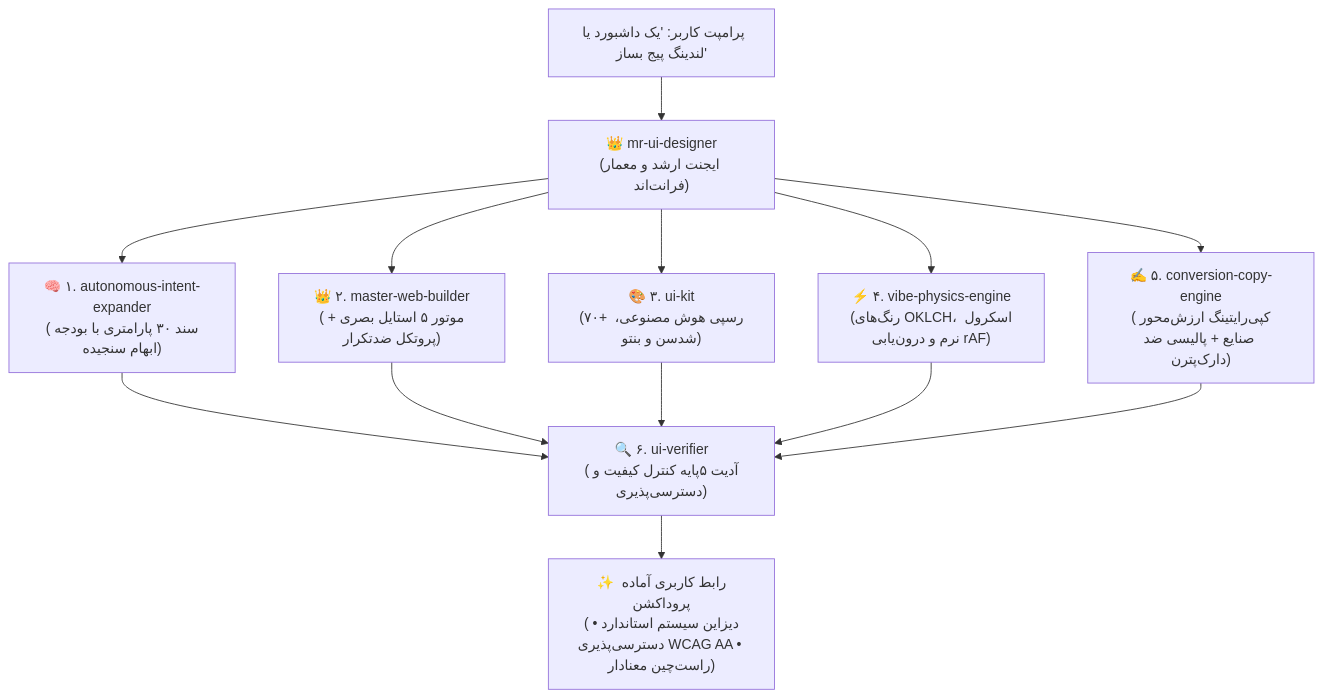
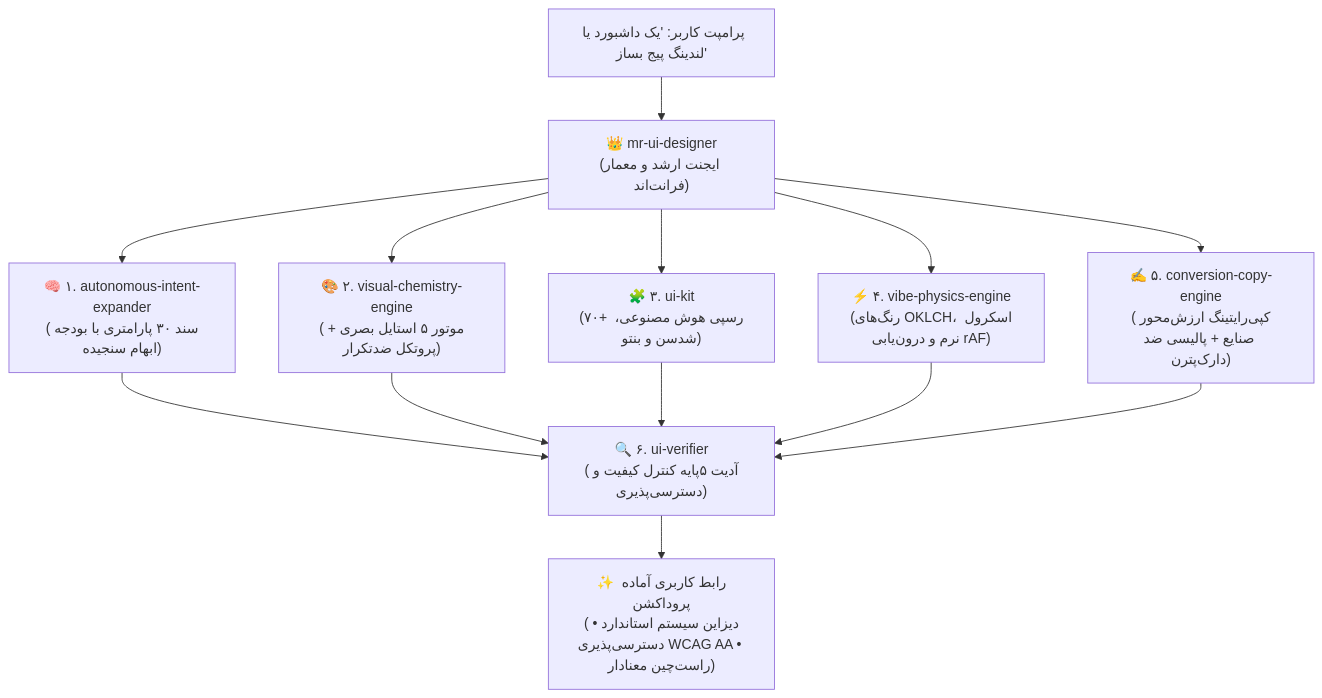
One commit to omid-io/vibe-ui-skills changed the diagram in README.fa.md. Above: the diagram before and after it, drawn with Mermaid. The commit also changed other lines of this file and 11 other files, not shown here.

Commit message:
feat(v2.2): rename to visual-chemistry-engine, add evals runner, WCAG 2.2 AA fixes, delta-time physics & THIRD_PARTY_NOTICES

````diff
--- a/README.fa.md
+++ b/README.fa.md
@@ -48,11 +48,11 @@
 ```mermaid
 flowchart TD
     UserPrompt["پرامپت کاربر: 'یک داشبورد یا لندینگ پیج بساز'"] --> MasterAgent["👑 mr-ui-designer\n(ایجنت ارشد و معمار فرانت‌اند)"]
     MasterAgent --> Expander["🧠 ۱. autonomous-intent-expander\n(سند ۳۰ پارامتری با بودجه ابهام سنجیده)"]
-    MasterAgent --> VisualEngine["👑 ۲. master-web-builder\n(موتور ۵ استایل بصری + پروتکل ضدتکرار)"]
-    MasterAgent --> UIComponents["🎨 ۳. ui-kit\n(۷۰+ رسپی هوش مصنوعی، شدسن و بنتو)"]
+    MasterAgent --> VisualEngine["🎨 ۲. visual-chemistry-engine\n(موتور ۵ استایل بصری + پروتکل ضدتکرار)"]
+    MasterAgent --> UIComponents["🧩 ۳. ui-kit\n(۷۰+ رسپی هوش مصنوعی، شدسن و بنتو)"]
     MasterAgent --> Physics["⚡ ۴. vibe-physics-engine\n(رنگ‌های OKLCH، اسکرول نرم و درون‌یابی rAF)"]
     MasterAgent --> Copy["✍️ ۵. conversion-copy-engine\n(کپی‌رایتینگ ارزش‌محور صنایع + پالیسی ضد دارک‌پترن)"]
     Expander & VisualEngine & UIComponents & Physics & Copy --> Verifier["🔍 ۶. ui-verifier\n(آدیت ۵‌پایه کنترل کیفیت و دسترسی‌پذیری)"]
     Verifier --> Masterpiece["✨ رابط کاربری آماده پروداکشن\n(دیزاین سیستم استاندارد • دسترسی‌پذیری WCAG AA • راست‌چین معنادار)"]
 ```
````
